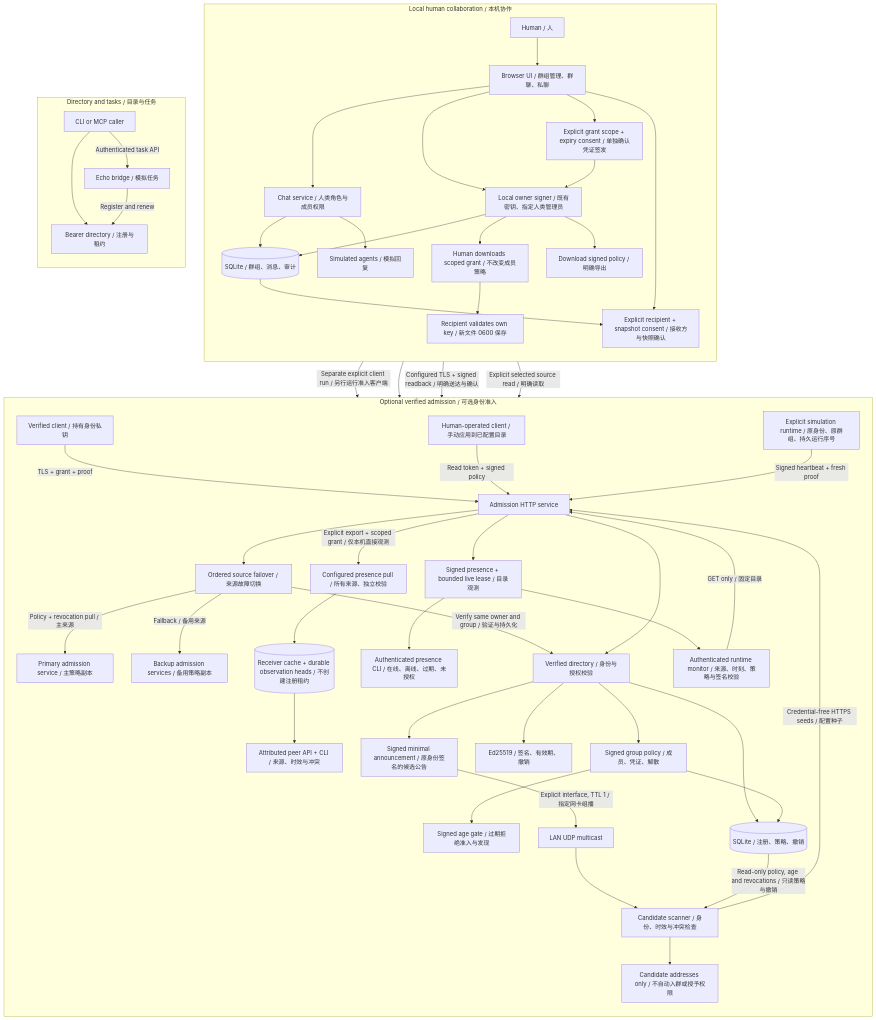
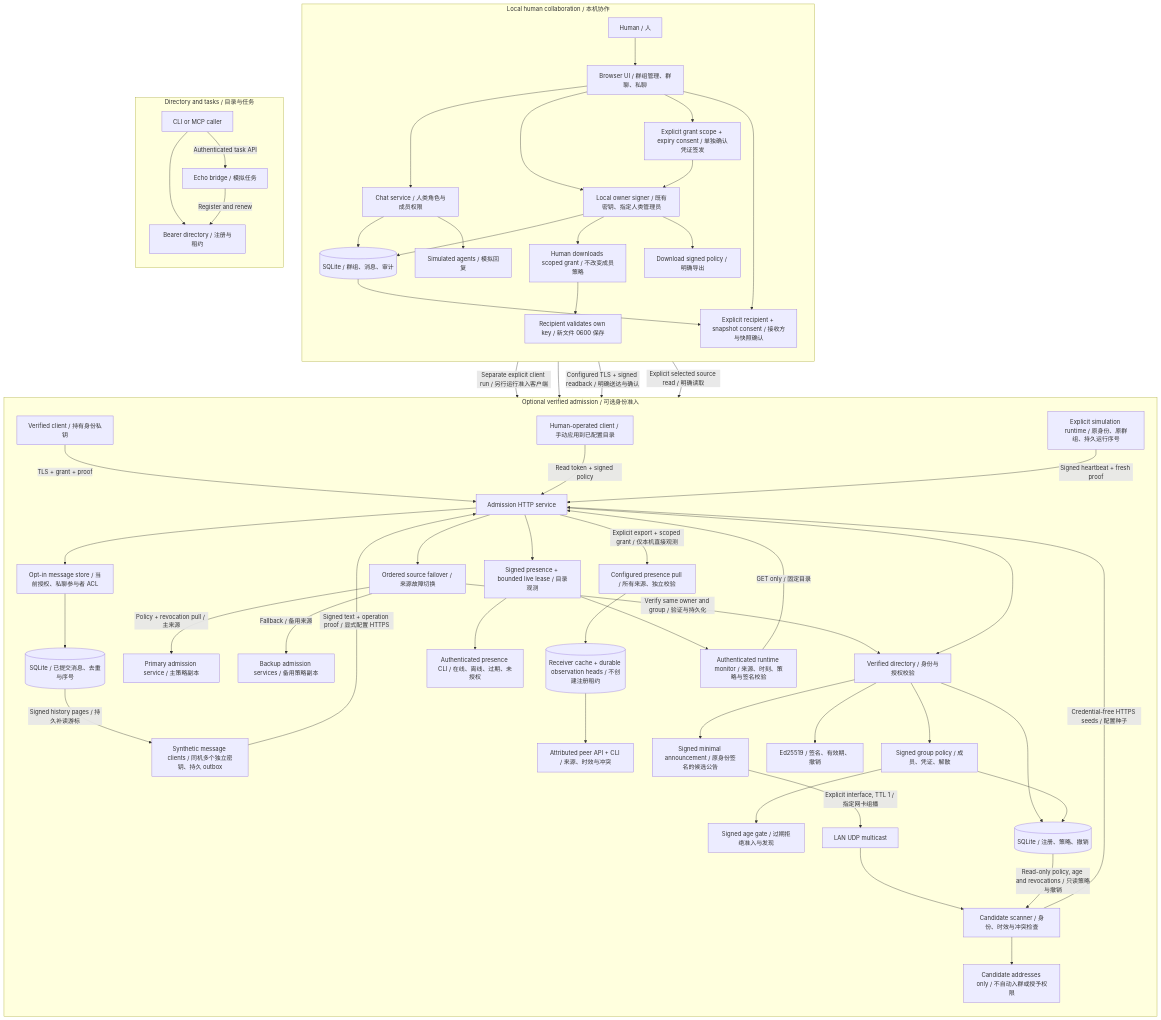
The first of 2 diagrams in README.md (lgdu/tailnet-agents), drawn with Mermaid before and after one commit. The commit also changed other lines of this file and 16 other files, not shown here.

Commit message:
feat: add signed network chat with durable outbox and catch-up (#14)

````diff
--- a/README.md
+++ b/README.md
@@ -41,58 +42,62 @@
 ```mermaid
 flowchart TB
   subgraph CHAT["Local human collaboration / 本机协作"]
     direction TB
     H["Human / 人"] --> UI["Browser UI / 群组管理、群聊、私聊"]
     UI --> CS["Chat service / 人类角色与成员权限"]
     CS --> DB[("SQLite / 群组、消息、审计")]
     CS --> SIM["Simulated agents / 模拟回复"]
     UI --> SIGN["Local owner signer / 既有密钥、指定人类管理员"]
     SIGN --> DB
     UI --> ISSUE["Explicit grant scope + expiry consent / 单独确认凭证签发"]
     ISSUE --> SIGN
     SIGN --> GRANT["Human downloads scoped grant / 不改变成员策略"]
     GRANT --> INSTALL["Recipient validates own key / 新文件 0600 保存"]
     SIGN --> EXPORT["Download signed policy / 明确导出"]
     UI --> DELIVERY["Explicit recipient + snapshot consent / 接收方与快照确认"]
     DB --> DELIVERY
   end
   subgraph TASK["Directory and tasks / 目录与任务"]
     direction TB
     CALL["CLI or MCP caller"] --> REG["Bearer directory / 注册与租约"]
     CALL -->|"Authenticated task API"| ECHO["Echo bridge / 模拟任务"]
     ECHO -->|"Register and renew"| REG
   end
   subgraph VERIFY["Optional verified admission / 可选身份准入"]
     direction TB
     INSTALL -->|"Separate explicit client run / 另行运行准入客户端"| VC
     VC["Verified client / 持有身份私钥"] -->|"TLS + grant + proof"| API["Admission HTTP service"]
+    MSG["Synthetic message clients / 同机多个独立密钥、持久 outbox"] -->|"Signed text + operation proof / 显式配置 HTTPS"| API
+    API --> MS["Opt-in message store / 当前授权、私聊参与者 ACL"]
+    MS --> MDB[("SQLite / 已提交消息、去重与序号")]
+    MDB -->|"Signed history pages / 持久补读游标"| MSG
     API --> SYNC["Ordered source failover / 来源故障切换"]
     SYNC -->|"Policy + revocation pull / 主来源"| PEER["Primary admission service / 主策略副本"]
     SYNC -->|"Fallback / 备用来源"| BACKUP["Backup admission services / 备用策略副本"]
     SYNC -->|"Verify same owner and group / 验证与持久化"| VD
     EXPORT --> APPLY["Human-operated client / 手动应用到已配置目录"]
     APPLY -->|"Read token + signed policy"| API
     DELIVERY -->|"Configured TLS + signed readback / 明确送达与确认"| API
     RUNTIME["Explicit simulation runtime / 原身份、原群组、持久运行序号"] -->|"Signed heartbeat + fresh proof"| API
     API --> OBS["Signed presence + bounded live lease / 目录观测"]
     OBS --> VIEW["Authenticated presence CLI / 在线、离线、过期、未授权"]
     API -->|"Explicit export + scoped grant / 仅本机直接观测"| PULL["Configured presence pull / 所有来源、独立校验"]
     PULL --> CACHE[("Receiver cache + durable observation heads / 不创建注册租约")]
     CACHE --> PV["Attributed peer API + CLI / 来源、时效与冲突"]
     UI -->|"Explicit selected source read / 明确读取"| MON["Authenticated runtime monitor / 来源、时刻、策略与签名校验"]
     MON -->|"GET only / 固定目录"| API
     OBS --> MON
     API --> VD["Verified directory / 身份与授权校验"]
     VD --> GP["Signed group policy / 成员、凭证、解散"]
     GP --> AGE["Signed age gate / 过期拒绝准入与发现"]
     VD --> ID["Ed25519 / 签名、有效期、撤销"]
     VD --> VDB[("SQLite / 注册、策略、撤销")]
     GP --> VDB
     VD --> ANN["Signed minimal announcement / 原身份签名的候选公告"]
     ANN -->|"Explicit interface, TTL 1 / 指定网卡组播"| LAN["LAN UDP multicast"]
     LAN --> FIND["Candidate scanner / 身份、时效与冲突检查"]
     VDB -->|"Read-only policy, age and revocations / 只读策略与撤销"| FIND
     FIND -->|"Credential-free HTTPS seeds / 配置种子"| API
     FIND --> CAND["Candidate addresses only / 不自动入群或授予权限"]
   end
 ```
````
